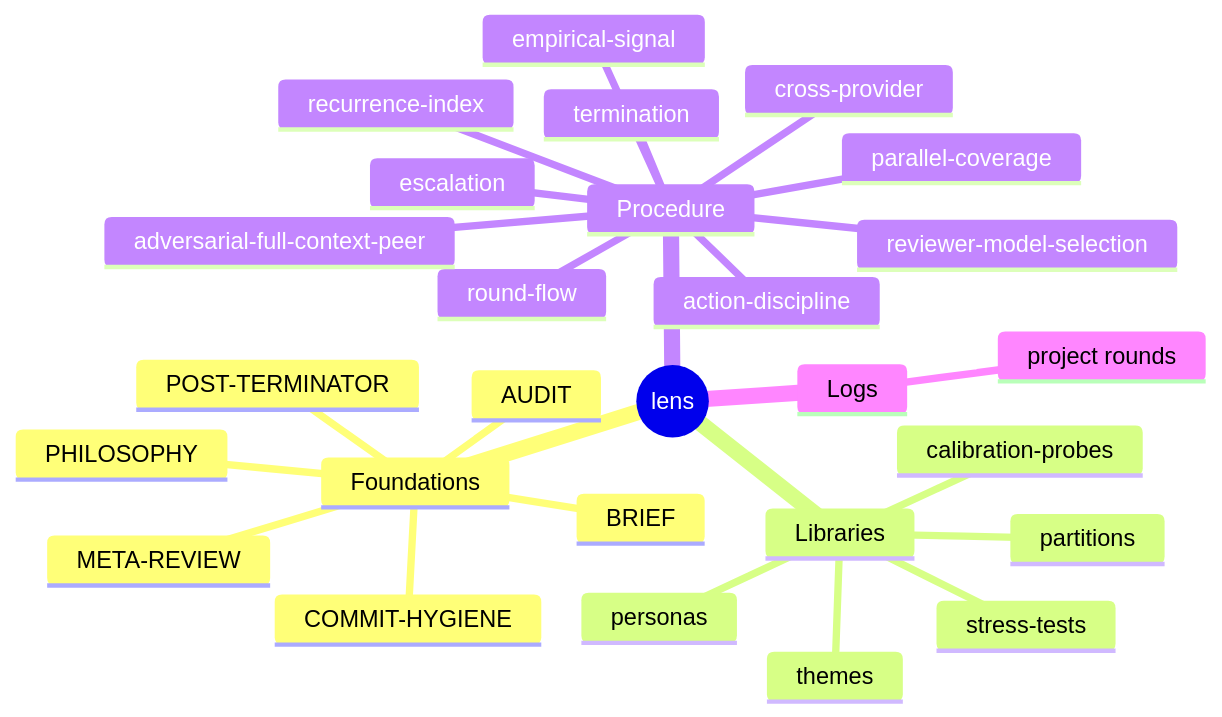
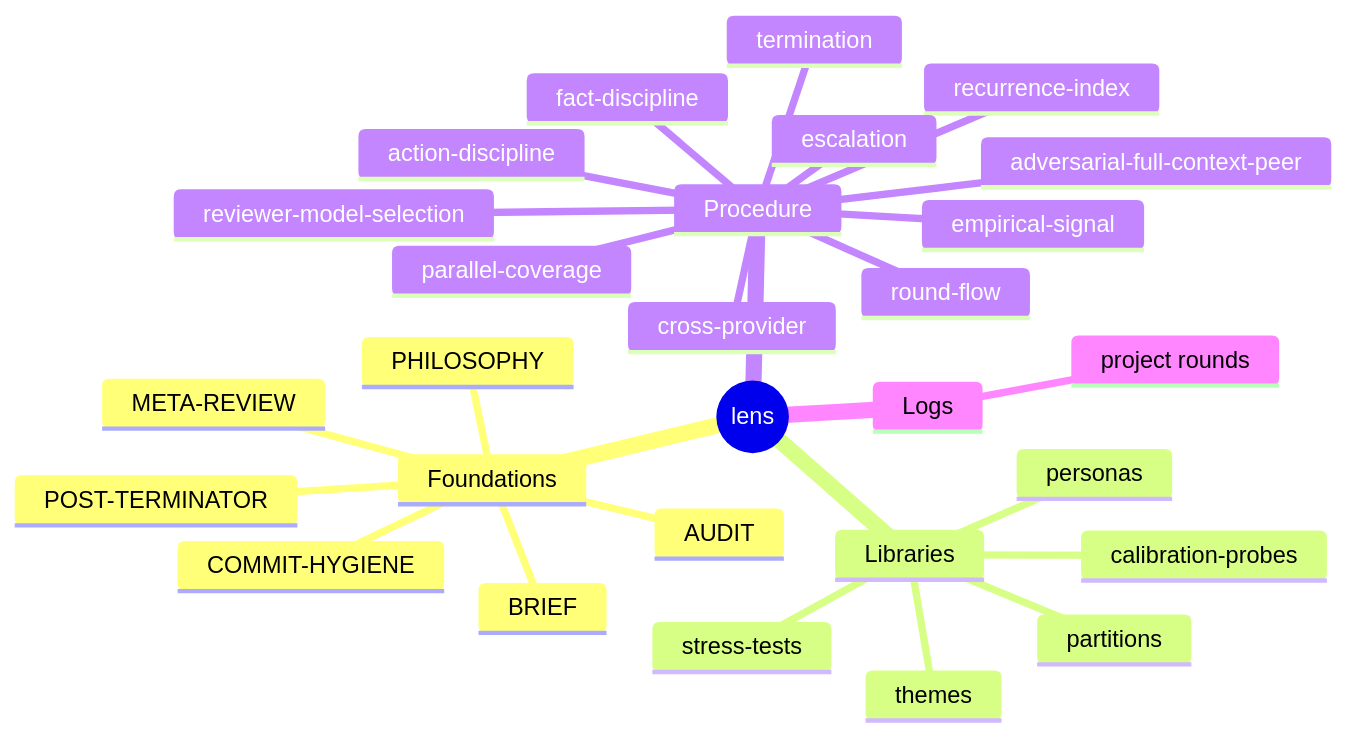
The second of 2 diagrams in README.md (1qh/lens), drawn with Mermaid before and after one commit. The commit also changed other lines of this file and 4 other files, not shown here.

Commit message:
fold fact-discipline: two-auditor pass, mandatory inline evidence, tool-use telemetry

````diff
--- a/README.md
+++ b/README.md
@@ -20,30 +20,31 @@
 ```mermaid
 mindmap
   root((lens))
     Foundations
       PHILOSOPHY
       BRIEF
       AUDIT
       POST-TERMINATOR
       META-REVIEW
       COMMIT-HYGIENE
     Libraries
       personas
       themes
       stress-tests
       partitions
       calibration-probes
     Procedure
       round-flow
       parallel-coverage
       action-discipline
       cross-provider
       recurrence-index
       escalation
       termination
       empirical-signal
       reviewer-model-selection
       adversarial-full-context-peer
+      fact-discipline
     Logs
       project rounds
 ```
````
